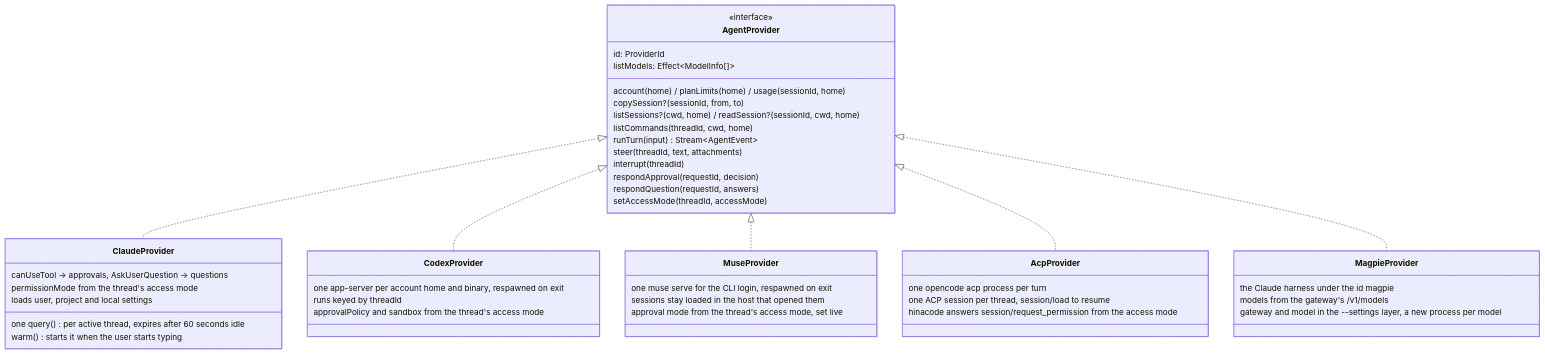
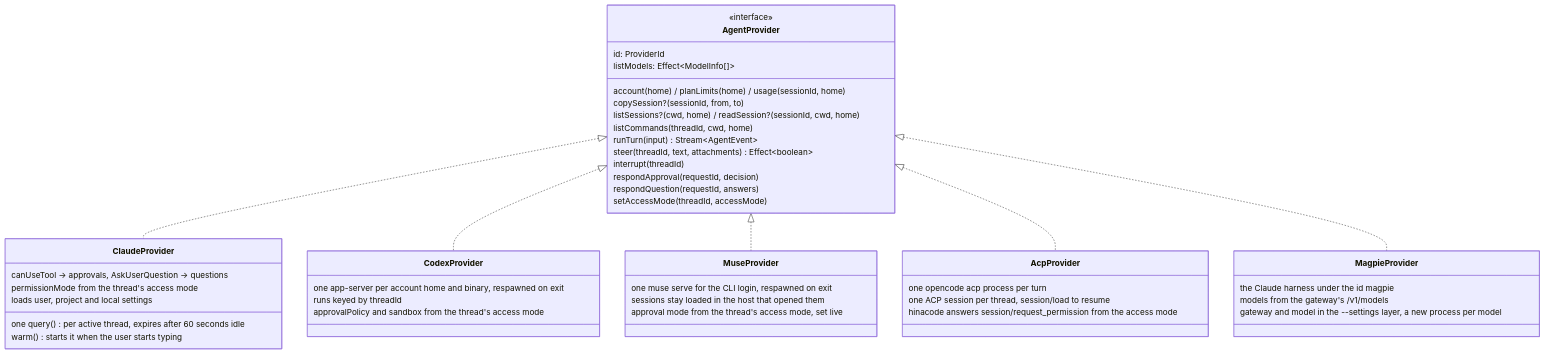
Before and after one commit to hinadev-ai/hinacode: the fifth of 19 diagrams in docs/arch.md, drawn with Mermaid. The commit also changed other lines of this file and 24 other files, not shown here.

````diff
--- a/docs/arch.md
+++ b/docs/arch.md
@@ -159,50 +159,50 @@
 ```mermaid
 classDiagram
   class AgentProvider {
     <<interface>>
     id: ProviderId
     listModels: Effect~ModelInfo[]~
     account(home) / planLimits(home) / usage(sessionId, home)
     copySession?(sessionId, from, to)
     listSessions?(cwd, home) / readSession?(sessionId, cwd, home)
     listCommands(threadId, cwd, home)
     runTurn(input) Stream~AgentEvent~
-    steer(threadId, text, attachments)
+    steer(threadId, text, attachments) Effect~boolean~
     interrupt(threadId)
     respondApproval(requestId, decision)
     respondQuestion(requestId, answers)
     setAccessMode(threadId, accessMode)
   }
   class ClaudeProvider {
     one query() per active thread, expires after 60 seconds idle
     warm() starts it when the user starts typing
     canUseTool → approvals, AskUserQuestion → questions
     permissionMode from the thread's access mode
     loads user, project and local settings
   }
   class MagpieProvider {
     the Claude harness under the id magpie
     models from the gateway's /v1/models
     gateway and model in the --settings layer, a new process per model
   }
   class CodexProvider {
     one app-server per account home and binary, respawned on exit
     runs keyed by threadId
     approvalPolicy and sandbox from the thread's access mode
   }
   class MuseProvider {
     one muse serve for the CLI login, respawned on exit
     sessions stay loaded in the host that opened them
     approval mode from the thread's access mode, set live
   }
   class AcpProvider {
     one opencode acp process per turn
     one ACP session per thread, session/load to resume
     hinacode answers session/request_permission from the access mode
   }
   AgentProvider <|.. ClaudeProvider
   AgentProvider <|.. CodexProvider
   AgentProvider <|.. MuseProvider
   AgentProvider <|.. AcpProvider
   AgentProvider <|.. MagpieProvider
 ```
````
